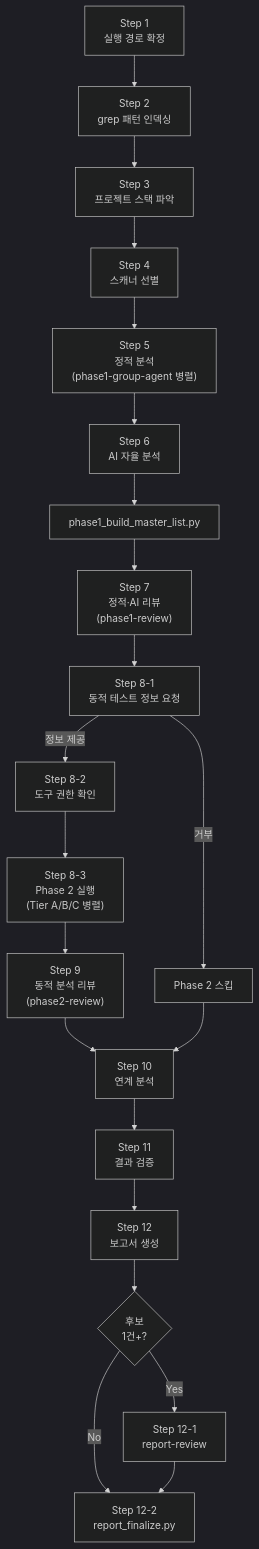
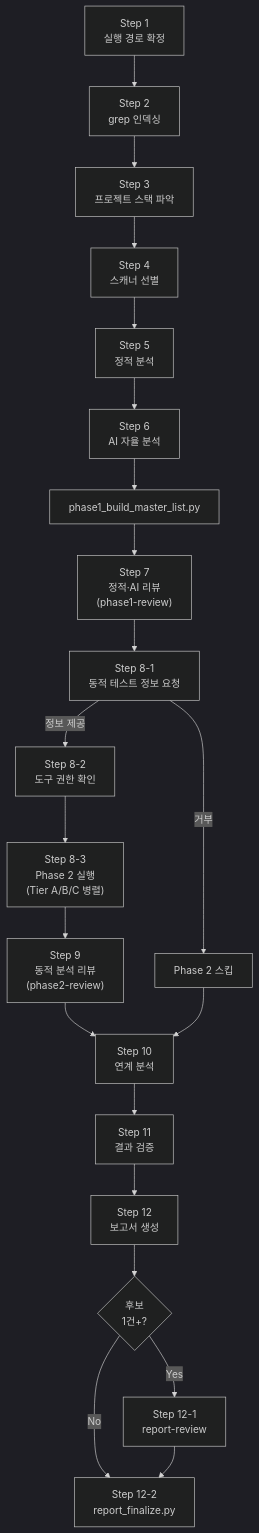
One commit to nomarlhack/noah-sast changed the first of 2 diagrams in skills/sast/docs/pipeline.md. Above: the diagram before and after it, drawn with Mermaid (dark theme). The commit also changed 1 other file, not shown here.

Commit message:
refactor(sast): Step 헤더 제목을 사용자 확정 명칭으로 통일
SKILL.md 헤더와 mermaid 레이블을 사용자 확정 12단계 명칭에 맞춤:
- Step 1: NOAH_SAST_DIR 경로 결정 → 실행 경로 확정
- Step 2: 전체 패턴 사전 인덱싱 → grep 인덱싱
- Step 4: 적용 가능한 스캐너 선별 → 스캐너 선별
- Step 5: 정적 분석 (개별 스캐너의 Phase 1 실행) → 정적 분석
- Step 6: AI 자율 취약점 탐색 → AI 자율 분석
- Step 11: 결과 검증 (보고서 작성 전 필수) → 결과 검증

review·보고서 생성 단계(Step 7, 9, 12)의 괄호 부제는 정보성 있어 유지.

````diff
--- a/skills/sast/docs/pipeline.md
+++ b/skills/sast/docs/pipeline.md
@@ -7,23 +7,23 @@
 ```mermaid
 flowchart TD
-    S1["Step 1<br/>실행 경로 확정"] --> S2["Step 2<br/>grep 패턴 인덱싱"]
+    S1["Step 1<br/>실행 경로 확정"] --> S2["Step 2<br/>grep 인덱싱"]
     S2 --> S3["Step 3<br/>프로젝트 스택 파악"]
     S3 --> S4["Step 4<br/>스캐너 선별"]
-    S4 --> S5["Step 5<br/>정적 분석<br/>(phase1-group-agent 병렬)"]
+    S4 --> S5["Step 5<br/>정적 분석"]
     S5 --> S6["Step 6<br/>AI 자율 분석"]
     S6 --> ML["phase1_build_master_list.py"]
     ML --> S7["Step 7<br/>정적·AI 리뷰<br/>(phase1-review)"]
     S7 --> S81["Step 8-1<br/>동적 테스트 정보 요청"]
     S81 -->|정보 제공| S82["Step 8-2<br/>도구 권한 확인"]
     S81 -->|거부| Skip["Phase 2 스킵"]
     S82 --> S83["Step 8-3<br/>Phase 2 실행<br/>(Tier A/B/C 병렬)"]
     S83 --> S9["Step 9<br/>동적 분석 리뷰<br/>(phase2-review)"]
     S9 --> S10["Step 10<br/>연계 분석"]
     Skip --> S10
     S10 --> S11["Step 11<br/>결과 검증"]
     S11 --> S12["Step 12<br/>보고서 생성"]
     S12 --> RR{"후보<br/>1건+?"}
     RR -->|Yes| RRV["Step 12-1<br/>report-review"]
     RR -->|No| FIN["Step 12-2<br/>report_finalize.py"]
     RRV --> FIN
 ```
````
